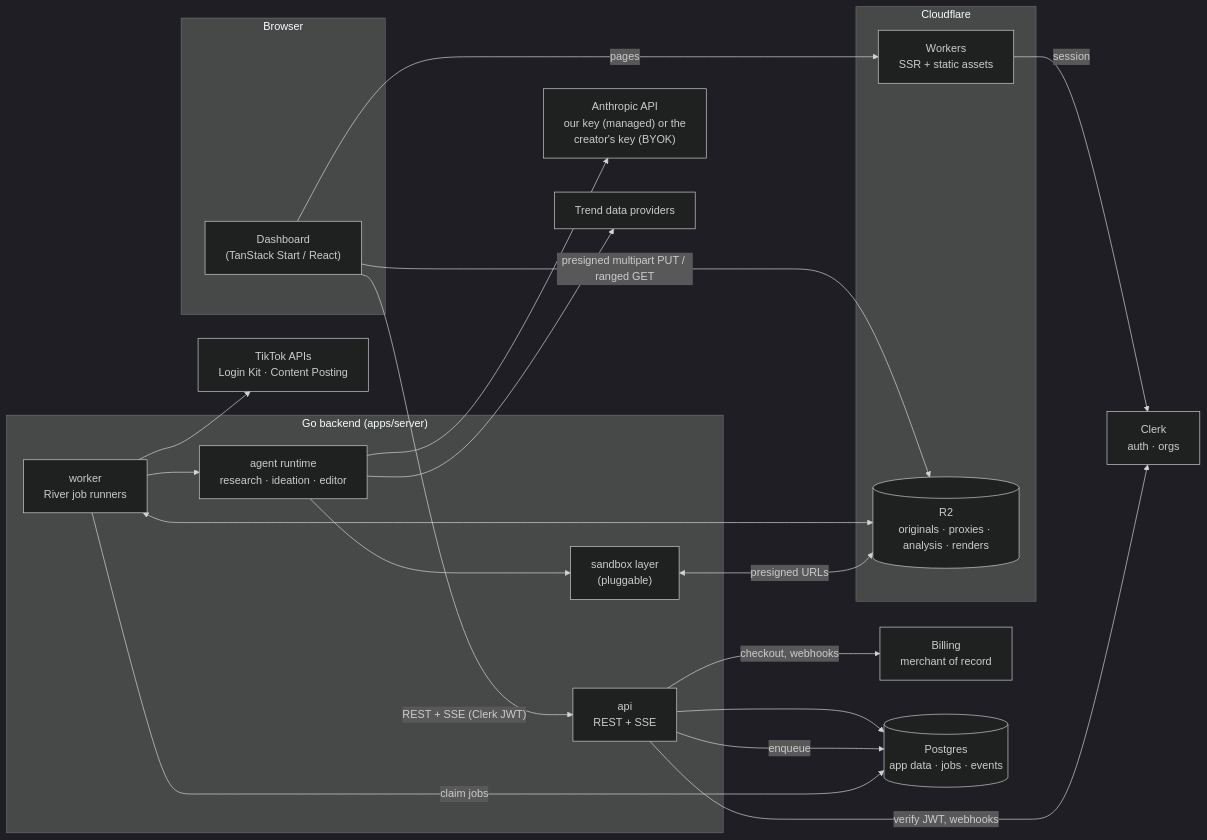
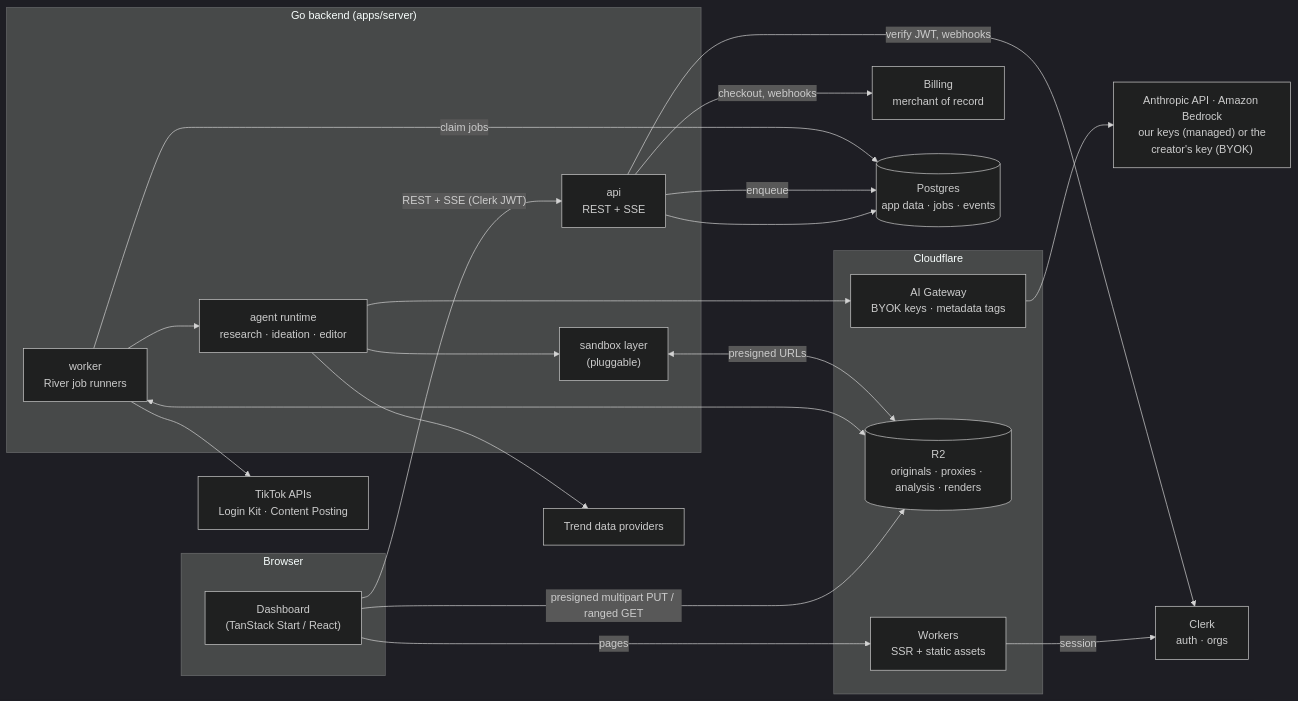
Before and after one commit to nilpntr/content-fabrique: the first of 4 diagrams in docs/03-architecture.md, drawn with Mermaid (dark theme). The commit also changed other lines of this file and 4 other files, not shown here.

````diff
--- a/docs/03-architecture.md
+++ b/docs/03-architecture.md
@@ -18,43 +18,45 @@
 ```mermaid
 flowchart LR
   subgraph Client[Browser]
     UI["Dashboard<br/>(TanStack Start / React)"]
   end
 
   subgraph CF[Cloudflare]
     WEB["Workers<br/>SSR + static assets"]
     R2[("R2<br/>originals · proxies · analysis · renders")]
+    GW["AI Gateway<br/>BYOK keys · metadata tags"]
   end
 
   CLERK["Clerk<br/>auth · orgs"]
   BILL["Billing<br/>merchant of record"]
 
   subgraph BE["Go backend (apps/server)"]
     API["api<br/>REST + SSE"]
     WRK["worker<br/>River job runners"]
     AGT["agent runtime<br/>research · ideation · editor"]
     SBX["sandbox layer<br/>(pluggable)"]
   end
 
   PG[("Postgres<br/>app data · jobs · events")]
-  LLM["Anthropic API<br/>our key (managed) or the<br/>creator's key (BYOK)"]
+  LLM["Anthropic API · Amazon Bedrock<br/>our keys (managed) or the<br/>creator's key (BYOK)"]
   TRD["Trend data providers"]
   TT["TikTok APIs<br/>Login Kit · Content Posting"]
 
   UI -->|pages| WEB
   WEB -->|session| CLERK
   UI -->|"REST + SSE (Clerk JWT)"| API
   UI -->|"presigned multipart PUT / ranged GET"| R2
   API --> PG
   API -->|verify JWT, webhooks| CLERK
   API -->|checkout, webhooks| BILL
   API -->|enqueue| PG
   WRK -->|claim jobs| PG
   WRK <--> R2
   WRK --> AGT
-  AGT --> LLM
+  AGT --> GW
+  GW --> LLM
   AGT --> TRD
   AGT --> SBX
   SBX <-->|presigned URLs| R2
   WRK --> TT
 ```
````
